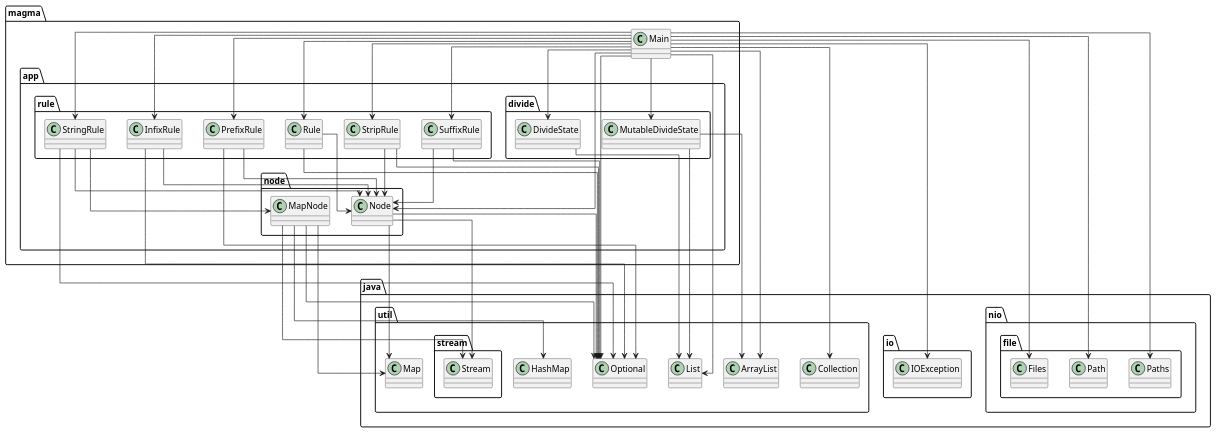
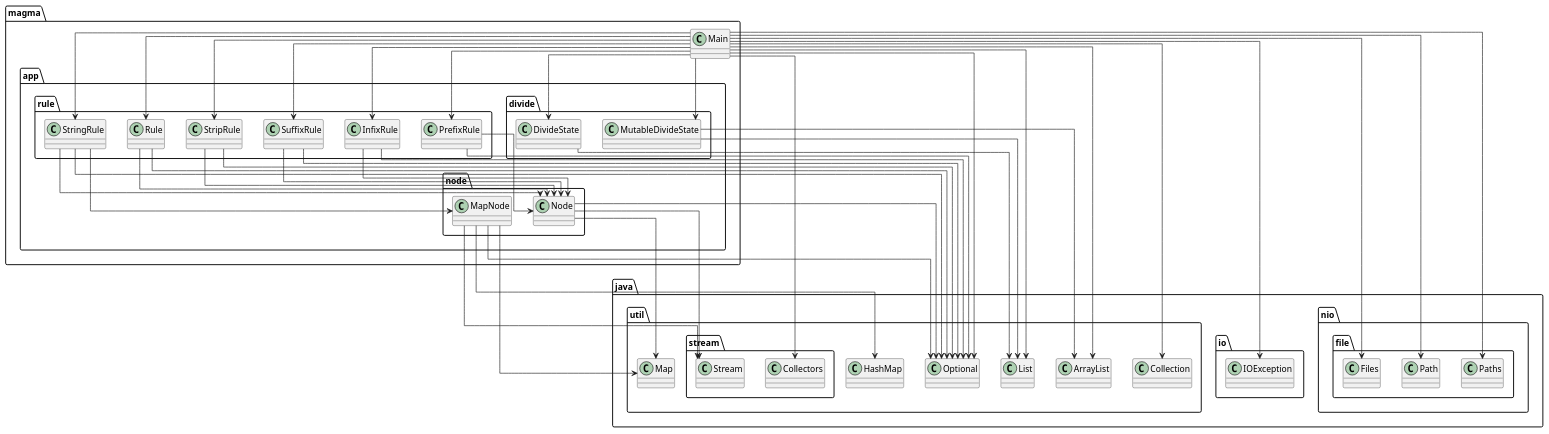
One commit to SirMathhman/Magma changed the diagram in diagram.puml. Above: the diagram before and after it, drawn with PlantUML. The commit also changed 1 other file, not shown here.

Commit message:
Replace with stream

```diff
--- a/diagram.puml
+++ b/diagram.puml
@@ -1,54 +1,54 @@
 @startuml
 skinparam linetype ortho
 class magma.app.divide.DivideState
 magma.app.divide.DivideState --> java.util.List
 class magma.app.divide.MutableDivideState
 magma.app.divide.MutableDivideState --> java.util.ArrayList
 magma.app.divide.MutableDivideState --> java.util.List
 class magma.app.node.MapNode
 magma.app.node.MapNode --> java.util.HashMap
 magma.app.node.MapNode --> java.util.Map
 magma.app.node.MapNode --> java.util.Optional
 magma.app.node.MapNode --> java.util.stream.Stream
 class magma.app.node.Node
 magma.app.node.Node --> java.util.Map
 magma.app.node.Node --> java.util.Optional
 magma.app.node.Node --> java.util.stream.Stream
 class magma.app.rule.InfixRule
 magma.app.rule.InfixRule --> magma.app.node.Node
 magma.app.rule.InfixRule --> java.util.Optional
 class magma.app.rule.PrefixRule
 magma.app.rule.PrefixRule --> magma.app.node.Node
 magma.app.rule.PrefixRule --> java.util.Optional
 class magma.app.rule.Rule
 magma.app.rule.Rule --> magma.app.node.Node
 magma.app.rule.Rule --> java.util.Optional
 class magma.app.rule.StringRule
 magma.app.rule.StringRule --> magma.app.node.MapNode
 magma.app.rule.StringRule --> magma.app.node.Node
 magma.app.rule.StringRule --> java.util.Optional
 class magma.app.rule.StripRule
 magma.app.rule.StripRule --> magma.app.node.Node
 magma.app.rule.StripRule --> java.util.Optional
 class magma.app.rule.SuffixRule
 magma.app.rule.SuffixRule --> magma.app.node.Node
 magma.app.rule.SuffixRule --> java.util.Optional
 class magma.Main
 magma.Main --> magma.app.divide.DivideState
 magma.Main --> magma.app.divide.MutableDivideState
-magma.Main --> magma.app.node.Node
 magma.Main --> magma.app.rule.InfixRule
 magma.Main --> magma.app.rule.PrefixRule
 magma.Main --> magma.app.rule.Rule
 magma.Main --> magma.app.rule.StringRule
 magma.Main --> magma.app.rule.StripRule
 magma.Main --> magma.app.rule.SuffixRule
 magma.Main --> java.io.IOException
 magma.Main --> java.nio.file.Files
 magma.Main --> java.nio.file.Path
 magma.Main --> java.nio.file.Paths
 magma.Main --> java.util.ArrayList
 magma.Main --> java.util.Collection
 magma.Main --> java.util.List
 magma.Main --> java.util.Optional
+magma.Main --> java.util.stream.Collectors
 @enduml
```
